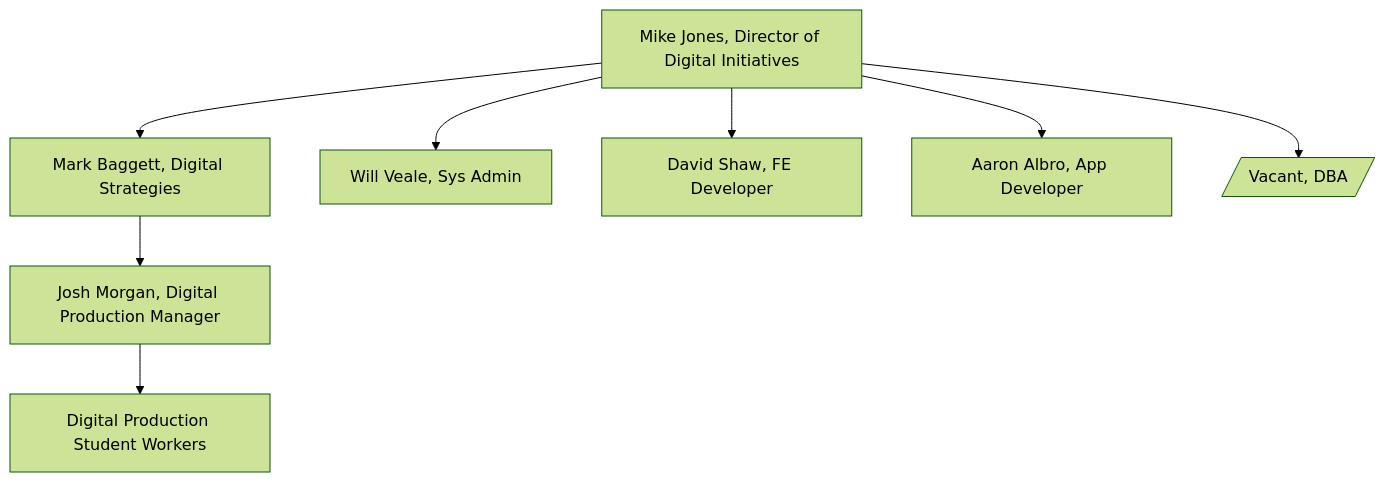
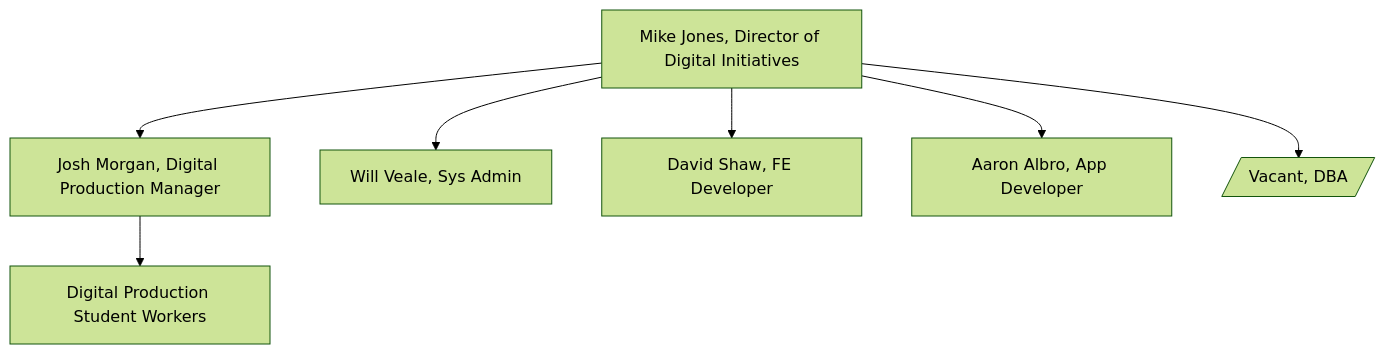
One commit to utkdigitalinitiatives/.github changed the diagram in profile/README.md. Above: the diagram before and after it, drawn with Mermaid (forest theme).

````diff
--- a/profile/README.md
+++ b/profile/README.md
@@ -29,11 +29,11 @@
 ```mermaid
 
 graph TD
-    MJ[Mike Jones, Director of Digital Initiatives] --> MB[Mark Baggett, Digital Strategies]
-    MB --> JM[Josh Morgan, Digital Production Manager]
+    MJ[Mike Jones, Director of Digital Initiatives] 
+    MJ --> JM[Josh Morgan, Digital Production Manager]
     MJ --> WV[Will Veale, Sys Admin]
     MJ --> DS[David Shaw, FE Developer]
     MJ --> AA[Aaron Albro, App Developer]
     MJ --> DBA[/Vacant, DBA/]
     JM --> DPS[Digital Production Student Workers]
 ```
````
